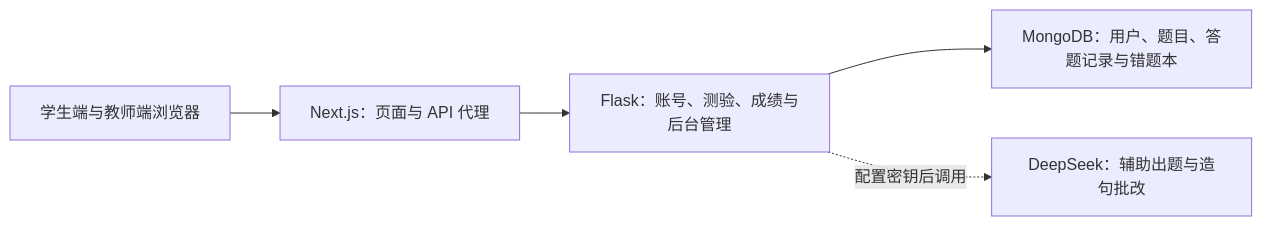
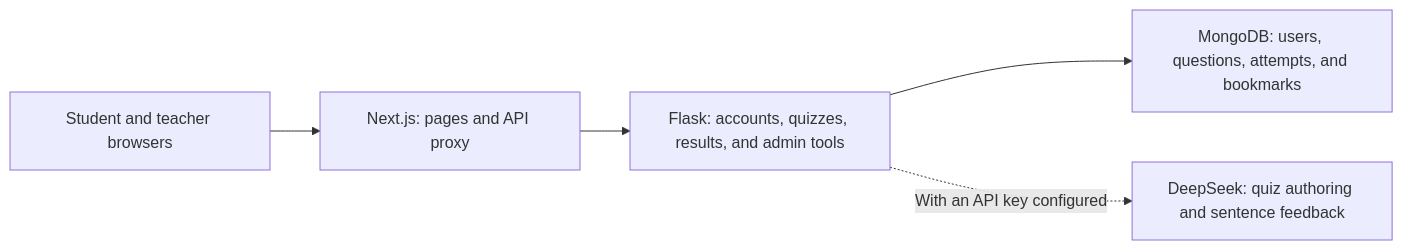
The second of 2 diagrams in README.md (Hcrab/Lexilab-alpha), drawn with Mermaid before and after one commit. The commit also changed other lines of this file and 2 other files, not shown here.

````diff
--- a/README.md
+++ b/README.md
@@ -40,7 +42,7 @@
 ```mermaid
 flowchart LR
-    U["学生端与教师端浏览器"] --> N["Next.js：页面与 API 代理"]
-    N --> F["Flask：账号、测验、成绩与后台管理"]
-    F --> M["MongoDB：用户、题目、答题记录与错题本"]
-    F -.->|配置密钥后调用| A["DeepSeek：辅助出题与造句批改"]
+    U["Student and teacher browsers"] --> N["Next.js: pages and API proxy"]
+    N --> F["Flask: accounts, quizzes, results, and admin tools"]
+    F --> M["MongoDB: users, questions, attempts, and bookmarks"]
+    F -.->|With an API key configured| A["DeepSeek: quiz authoring and sentence feedback"]
 ```
````
